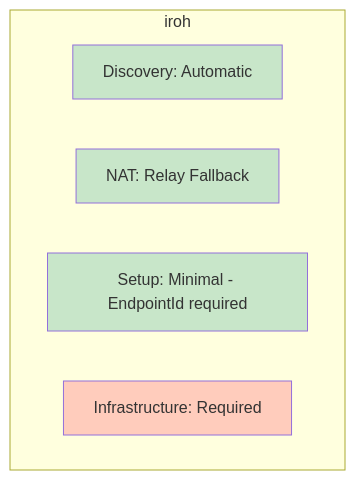
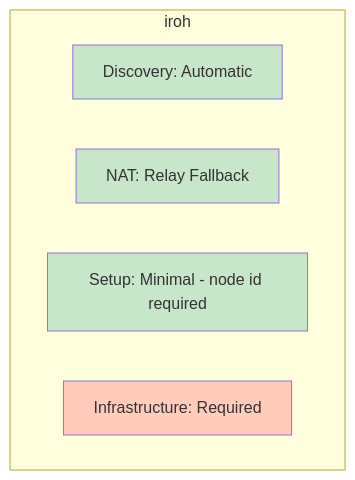
The third of 25 diagrams in docs/ARCHITECTURE.md (andrewtheguy/duopipe), drawn with Mermaid before and after one commit. The commit also changed other lines of this file and 14 other files, not shown here.

````diff
--- a/docs/ARCHITECTURE.md
+++ b/docs/ARCHITECTURE.md
@@ -98,14 +111,14 @@
 ```mermaid
 graph TD
     subgraph "iroh"
         A1[Discovery: Automatic]
         A2[NAT: Relay Fallback]
-        A3[Setup: Minimal - EndpointId required]
+        A3[Setup: Minimal - node id required]
         A4[Infrastructure: Required]
     end
 
     style A1 fill:#C8E6C9
     style A2 fill:#C8E6C9
     style A3 fill:#C8E6C9
     style A4 fill:#FFCCBC
 ```
````
